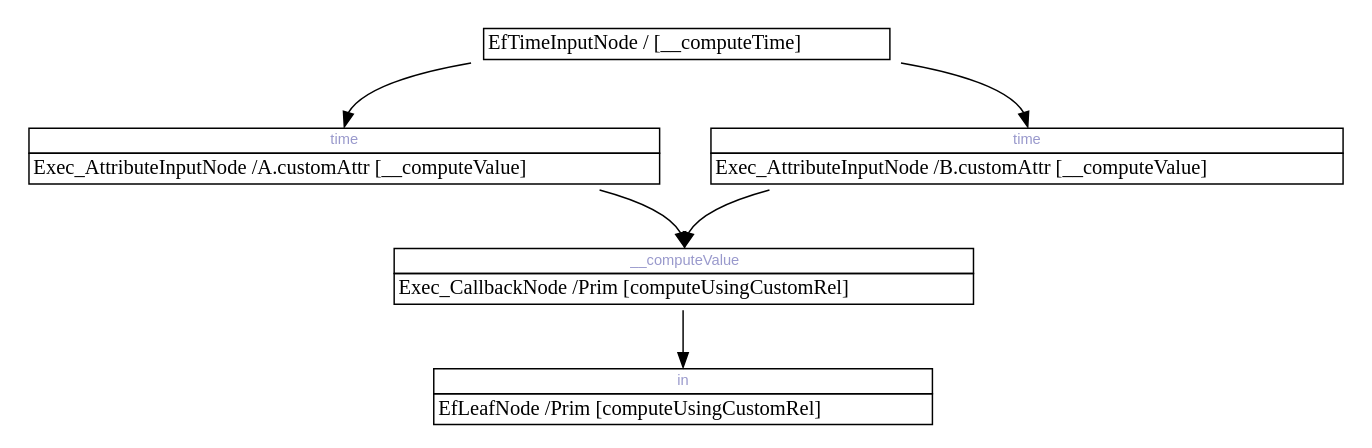
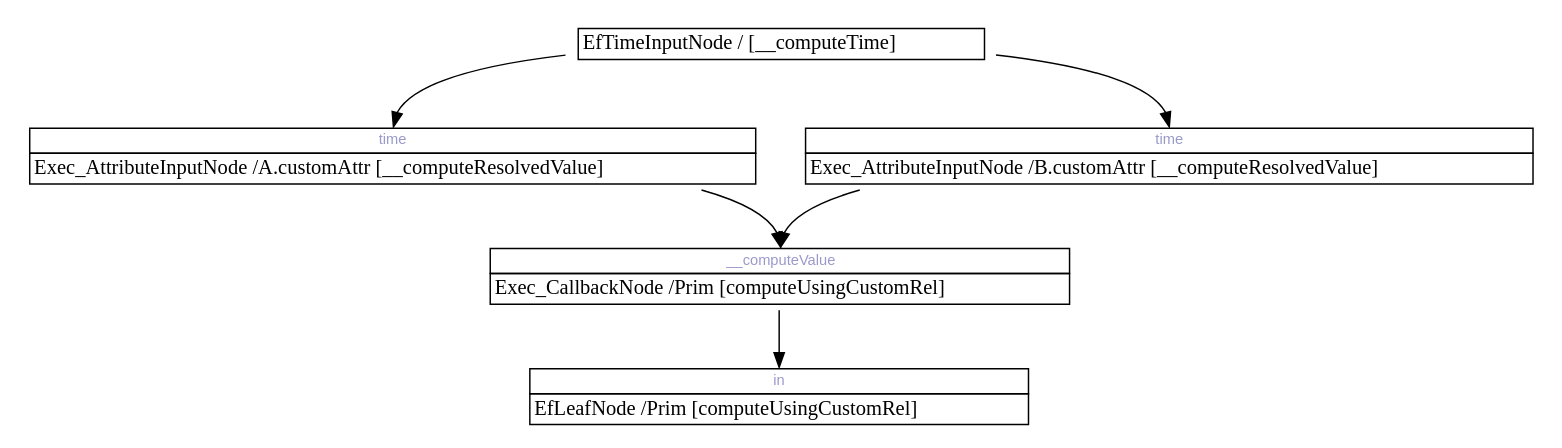
One commit to cpichard/USD changed the diagram in pxr/exec/execUsd/testenv/testExecUsdRecompilation/baseline/TestRecompileChangedRelationshipTargets-3.dot. Above: the diagram before and after it, drawn with Graphviz. The commit also changed 45 other files, not shown here.

First line of the commit message:
OpenExec: Introduce attribute expressions

```diff
--- a/pxr/exec/execUsd/testenv/testExecUsdRecompilation/baseline/TestRecompileChangedRelationshipTargets-3.dot
+++ b/pxr/exec/execUsd/testenv/testExecUsdRecompilation/baseline/TestRecompileChangedRelationshipTargets-3.dot
@@ -1,39 +1,39 @@
 digraph network {
 	rankdir=TB;
 	page="8.5, 11";
 
 	node [shape=plaintext];
 		"0x7f831d8d2d70" [label=<
 		<TABLE BORDER="0" CELLBORDER="1" CELLSPACING="0">
 			<TR><TD COLSPAN="1"> EfTimeInputNode / [__computeTime] </TD></TR>
 		</TABLE>>];
 	node [shape=plaintext];
 		"0x7f8320a09460" [label=<
 		<TABLE BORDER="0" CELLBORDER="1" CELLSPACING="0">
 			<TR><TD PORT="0x7f8320b1f4e0" COLSPAN="1"><FONT POINT-SIZE="10" FACE="Arial" COLOR="#9999cc">__computeValue</FONT></TD></TR>
 			<TR><TD COLSPAN="1"> Exec_CallbackNode /Prim [computeUsingCustomRel] </TD></TR>
 		</TABLE>>];
 	node [shape=plaintext];
 		"0x7f8320a6e030" [label=<
 		<TABLE BORDER="0" CELLBORDER="1" CELLSPACING="0">
 			<TR><TD PORT="0x7f8317461a20" COLSPAN="1"><FONT POINT-SIZE="10" FACE="Arial" COLOR="#9999cc">in</FONT></TD></TR>
 			<TR><TD COLSPAN="1"> EfLeafNode /Prim [computeUsingCustomRel] </TD></TR>
 		</TABLE>>];
 	node [shape=plaintext];
 		"0x7f8321a2a600" [label=<
 		<TABLE BORDER="0" CELLBORDER="1" CELLSPACING="0">
 			<TR><TD PORT="0x7f8321ab63e0" COLSPAN="1"><FONT POINT-SIZE="10" FACE="Arial" COLOR="#9999cc">time</FONT></TD></TR>
-			<TR><TD COLSPAN="1"> Exec_AttributeInputNode /A.customAttr [__computeValue] </TD></TR>
+			<TR><TD COLSPAN="1"> Exec_AttributeInputNode /A.customAttr [__computeResolvedValue] </TD></TR>
 		</TABLE>>];
 	node [shape=plaintext];
 		"0x7f8317e84000" [label=<
 		<TABLE BORDER="0" CELLBORDER="1" CELLSPACING="0">
 			<TR><TD PORT="0x7f8316311750" COLSPAN="1"><FONT POINT-SIZE="10" FACE="Arial" COLOR="#9999cc">time</FONT></TD></TR>
-			<TR><TD COLSPAN="1"> Exec_AttributeInputNode /B.customAttr [__computeValue] </TD></TR>
+			<TR><TD COLSPAN="1"> Exec_AttributeInputNode /B.customAttr [__computeResolvedValue] </TD></TR>
 		</TABLE>>];
 		"0x7f8321a2a600" -> "0x7f8320a09460":"0x7f8320b1f4e0":n;
 		"0x7f8317e84000" -> "0x7f8320a09460":"0x7f8320b1f4e0":n;
 		"0x7f8320a09460" -> "0x7f8320a6e030":"0x7f8317461a20":n;
 		"0x7f831d8d2d70" -> "0x7f8321a2a600":"0x7f8321ab63e0":n;
 		"0x7f831d8d2d70" -> "0x7f8317e84000":"0x7f8316311750":n;
 }
```
